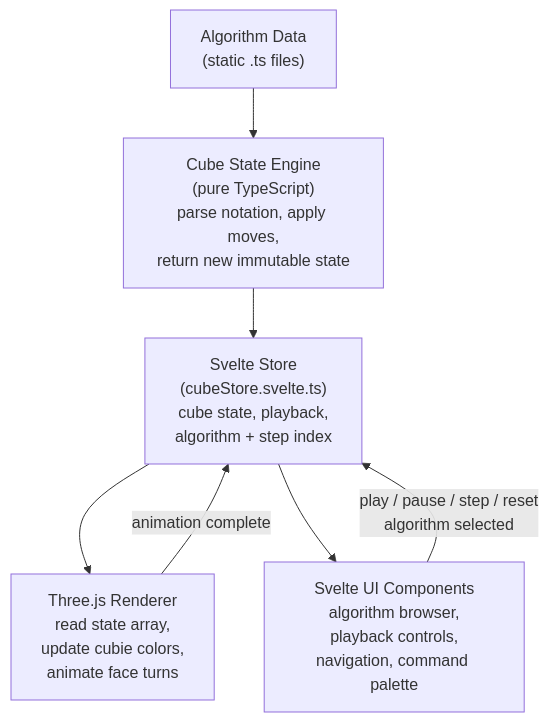
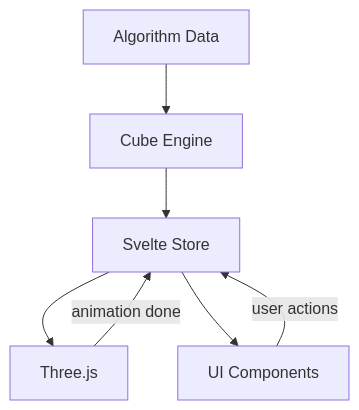
The diagram in docs/technical/architecture.md (ajmalk/cubehill), drawn with Mermaid before and after one commit. The commit also changed other lines of this file and 6 other files, not shown here.

First line of the commit message:
Clean up diagrams: shorter labels, less clutter

````diff
--- a/docs/technical/architecture.md
+++ b/docs/technical/architecture.md
@@ -63,16 +63,14 @@
 ```mermaid
 flowchart TB
-    AlgoData["Algorithm Data\n(static .ts files)"]
-    Engine["Cube State Engine\n(pure TypeScript)\nparse notation, apply moves,\nreturn new immutable state"]
-    Store["Svelte Store\n(cubeStore.svelte.ts)\ncube state, playback,\nalgorithm + step index"]
-    Renderer["Three.js Renderer\nread state array,\nupdate cubie colors,\nanimate face turns"]
-    UI["Svelte UI Components\nalgorithm browser,\nplayback controls,\nnavigation, command palette"]
+    Data[Algorithm Data]
+    Engine[Cube Engine]
+    Store[Svelte Store]
+    Renderer[Three.js]
+    UI[UI Components]
 
-    AlgoData --> Engine
-    Engine --> Store
+    Data --> Engine --> Store
     Store --> Renderer
     Store --> UI
-
-    UI -- "play / pause / step / reset\nalgorithm selected" --> Store
-    Renderer -- "animation complete" --> Store
+    UI -- "user actions" --> Store
+    Renderer -- "animation done" --> Store
 ```
````
